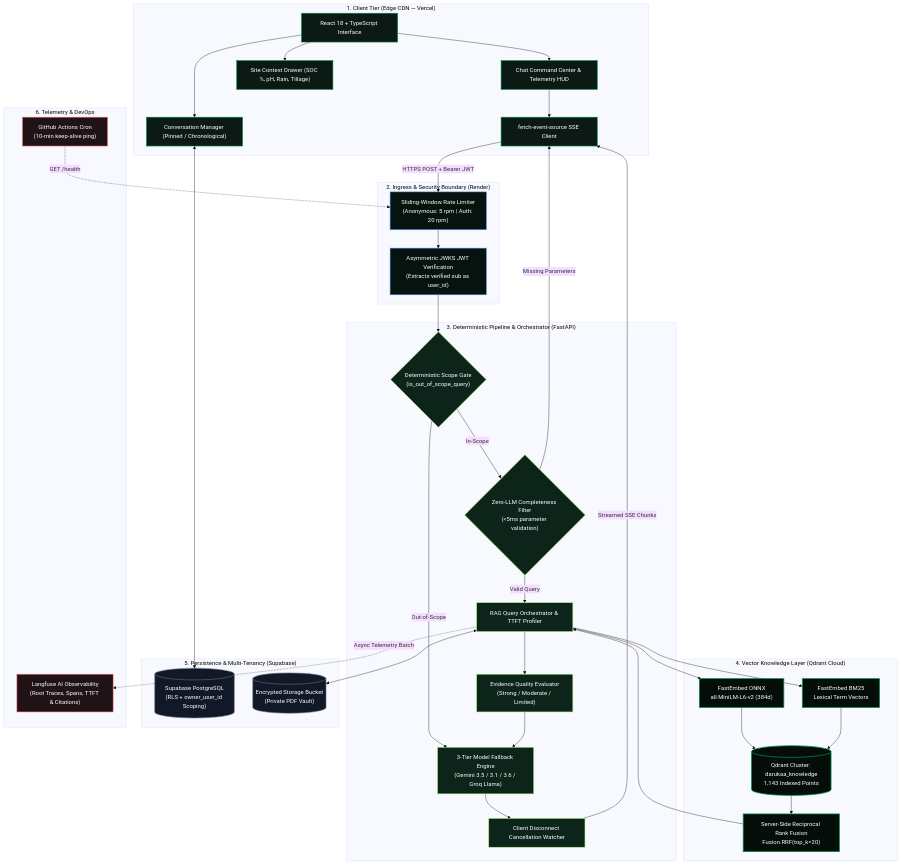
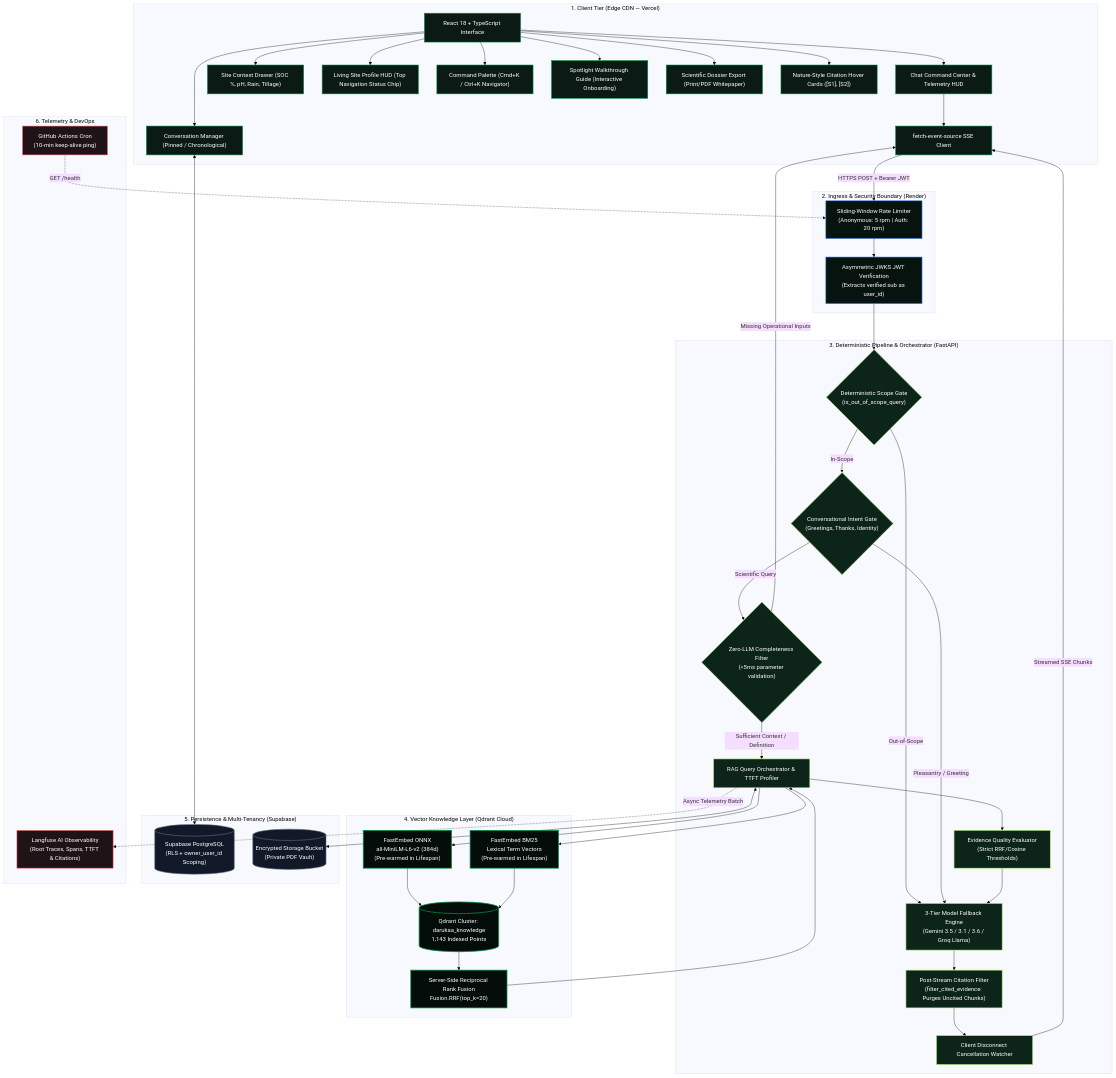
The first of 4 diagrams in README.md (RatishPatil37/Prakriti-AI), drawn with Mermaid (base theme) before and after one commit. The commit also changed other lines of this file and 5 other files, not shown here.

```diff
--- a/README.md
+++ b/README.md
@@ -72,8 +75,14 @@
         Chat["Chat Command Center & Telemetry HUD"]
         History["Conversation Manager (Pinned / Chronological)"]
         ContextModal["Site Context Drawer (SOC %, pH, Rain, Tillage)"]
+        HUD["Living Site Profile HUD (Top Navigation Status Chip)"]
+        CmdPalette["Command Palette (Cmd+K / Ctrl+K Navigator)"]
+        Tour["Spotlight Walkthrough Guide (Interactive Onboarding)"]
+        Dossier["Scientific Dossier Export (Print/PDF Whitepaper)"]
+        HoverCards["Nature-Style Citation Hover Cards ([S1], [S2])"]
         SSEClient["fetch-event-source SSE Client"]
-        UI --> Chat & History & ContextModal
+    
+        UI --> Chat & History & ContextModal & HUD & CmdPalette & Tour & Dossier & HoverCards
         Chat --> SSEClient
     end
 
@@ -86,26 +95,31 @@
 
     subgraph IntelligenceTier ["3. Deterministic Pipeline & Orchestrator (FastAPI)"]
         ScopeGate{"Deterministic Scope Gate<br/>(is_out_of_scope_query)"}
+        IntentGate{"Conversational Intent Gate<br/>(Greetings, Thanks, Identity)"}
         CompletenessGate{"Zero-LLM Completeness Filter<br/>(<5ms parameter validation)"}
         RAGOrchestrator["RAG Query Orchestrator & TTFT Profiler"]
-        QualityGate["Evidence Quality Evaluator<br/>(Strong / Moderate / Limited)"]
+        QualityGate["Evidence Quality Evaluator<br/>(Strict RRF/Cosine Thresholds)"]
         LLMChain["3-Tier Model Fallback Engine<br/>(Gemini 3.5 / 3.1 / 3.6 / Groq Llama)"]
+        PostStreamFilter["Post-Stream Citation Filter<br/>(filter_cited_evidence: Purges Uncited Chunks)"]
         DisconnectHook["Client Disconnect Cancellation Watcher"]
 
         AuthFilter --> ScopeGate
         ScopeGate -- "Out-of-Scope" --> LLMChain
-        ScopeGate -- "In-Scope" --> CompletenessGate
-        CompletenessGate -- "Missing Parameters" --> SSEClient
-        CompletenessGate -- "Valid Query" --> RAGOrchestrator
+        ScopeGate -- "In-Scope" --> IntentGate
+        IntentGate -- "Pleasantry / Greeting" --> LLMChain
+        IntentGate -- "Scientific Query" --> CompletenessGate
+        CompletenessGate -- "Missing Operational Inputs" --> SSEClient
+        CompletenessGate -- "Sufficient Context / Definition" --> RAGOrchestrator
         RAGOrchestrator --> QualityGate
         QualityGate --> LLMChain
-        LLMChain --> DisconnectHook
+        LLMChain --> PostStreamFilter
+        PostStreamFilter --> DisconnectHook
         DisconnectHook -->|Streamed SSE Chunks| SSEClient
     end
 
     subgraph KnowledgeTier ["4. Vector Knowledge Layer (Qdrant Cloud)"]
-        DenseModel["FastEmbed ONNX<br/>all-MiniLM-L6-v2 (384d)"]
-        SparseModel["FastEmbed BM25<br/>Lexical Term Vectors"]
+        DenseModel["FastEmbed ONNX<br/>all-MiniLM-L6-v2 (384d)<br/>(Pre-warmed in Lifespan)"]
+        SparseModel["FastEmbed BM25<br/>Lexical Term Vectors<br/>(Pre-warmed in Lifespan)"]
         QdrantEngine[("Qdrant Cluster: darukaa_knowledge<br/>1,143 Indexed Points")]
         RRFCore["Server-Side Reciprocal Rank Fusion<br/>Fusion.RRF(top_k=20)"]
 
@@ -136,9 +150,9 @@
     classDef db fill:#111827,stroke:#6B7280,stroke-width:1.5px,color:#fff;
     classDef telemetry fill:#1F1318,stroke:#FF6B6B,stroke-width:1.5px,color:#fff;
 
-    class UI,Chat,History,ContextModal,SSEClient client;
+    class UI,Chat,History,ContextModal,HUD,CmdPalette,Tour,Dossier,HoverCards,SSEClient client;
     class RateLimiter,AuthFilter gateway;
-    class ScopeGate,CompletenessGate,RAGOrchestrator,QualityGate,LLMChain,DisconnectHook logic;
+    class ScopeGate,IntentGate,CompletenessGate,RAGOrchestrator,QualityGate,LLMChain,PostStreamFilter,DisconnectHook logic;
     class DenseModel,SparseModel,QdrantEngine,RRFCore vector;
     class PostgresDB,FileVault db;
     class LangfuseSuite,KeepAlive telemetry;
```
